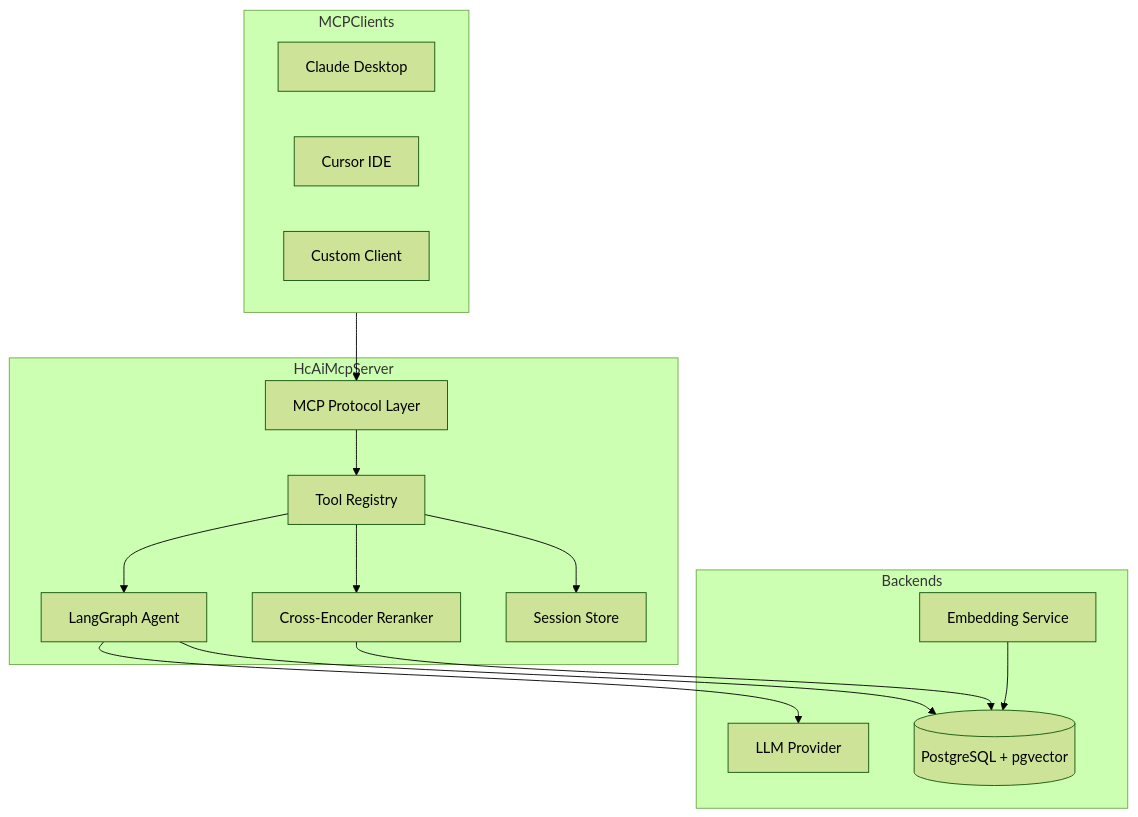
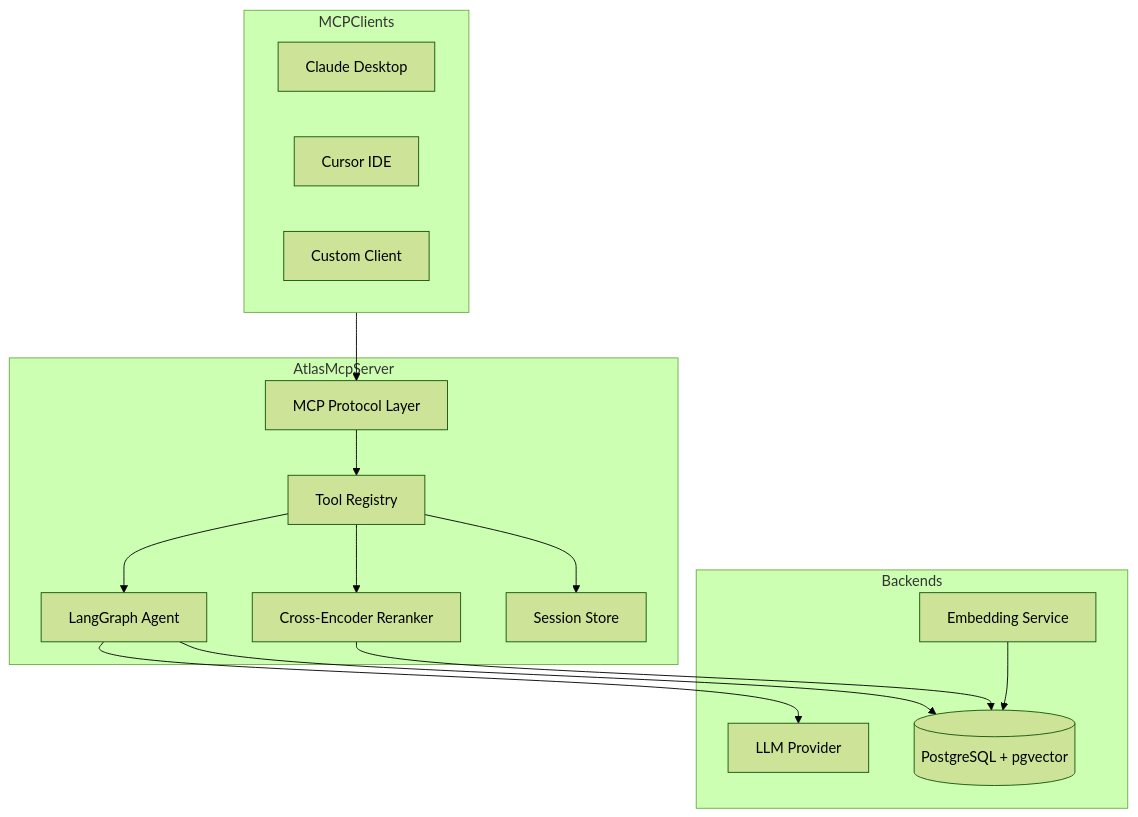
One commit to rsanandres/hc_ai_mcp changed the diagram in README.md. Above: the diagram before and after it, drawn with Mermaid (forest theme). The commit also changed other lines of this file and 24 other files, not shown here.

First line of the commit message:
Rebrand hc-ai-mcp to atlas_mcp across display text and logger namespaces

````diff
--- a/README.md
+++ b/README.md
@@ -72,32 +72,32 @@
 ```mermaid
 flowchart TB
     subgraph clients [MCPClients]
         Claude[Claude Desktop]
         Cursor[Cursor IDE]
         Custom[Custom Client]
     end
 
-    subgraph server [HcAiMcpServer]
+    subgraph server [AtlasMcpServer]
         MCP[MCP Protocol Layer]
         Tools[Tool Registry]
         Agent[LangGraph Agent]
         Reranker[Cross-Encoder Reranker]
         Session[Session Store]
     end
 
     subgraph backends [Backends]
         LLM[LLM Provider]
         PG[(PostgreSQL + pgvector)]
         Embed[Embedding Service]
     end
 
     clients --> MCP
     MCP --> Tools
     Tools --> Agent
     Tools --> Reranker
     Tools --> Session
     Agent --> LLM
     Agent --> PG
     Reranker --> PG
     Embed --> PG
 ```
````
